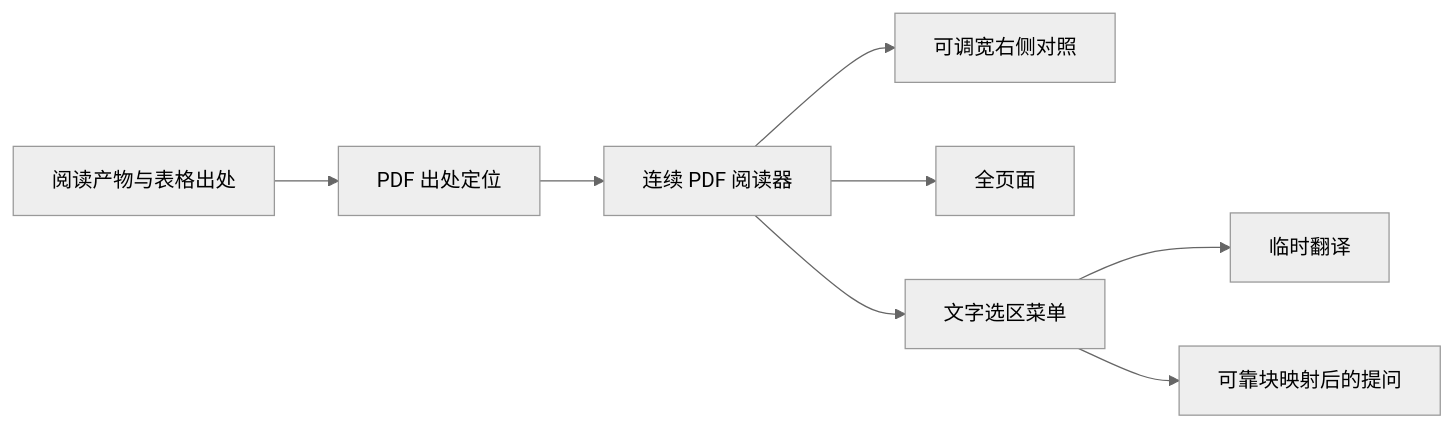
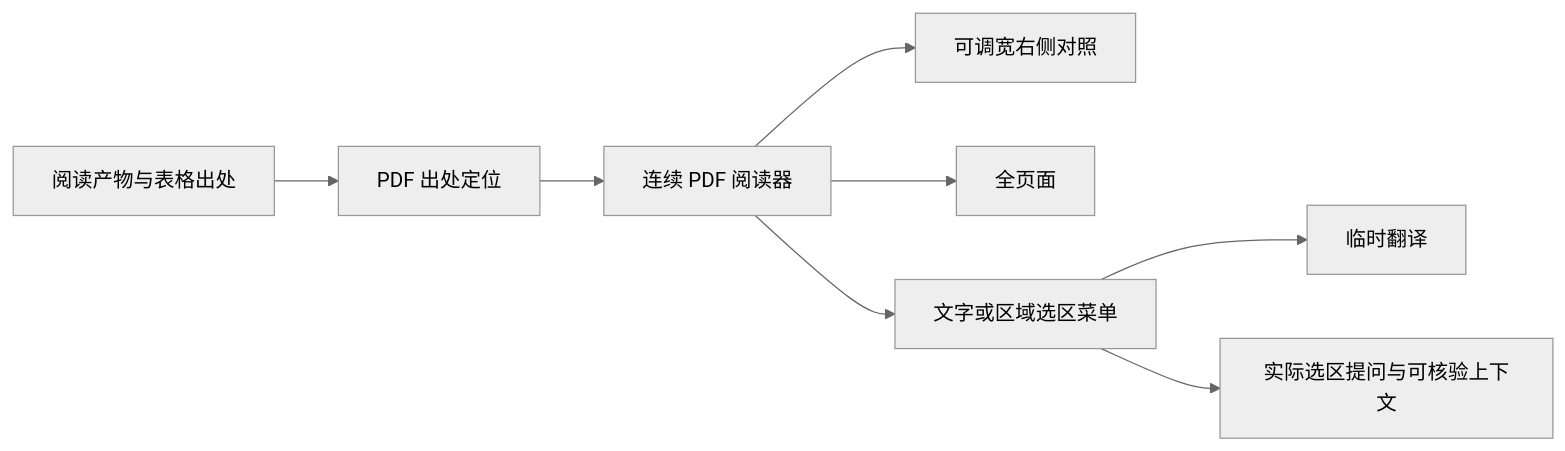
Before and after one commit to attackingjensen/paper-30min: the first of 3 diagrams in docs/plans/2026-09-29-2254-feat-pdf-evidence-reading-plan.md, drawn with Mermaid (neutral theme). The commit also changed other lines of this file and 28 other files, not shown here.

````diff
--- a/docs/plans/2026-09-29-2254-feat-pdf-evidence-reading-plan.md
+++ b/docs/plans/2026-09-29-2254-feat-pdf-evidence-reading-plan.md
@@ -75,10 +75,10 @@
 ```mermaid
 flowchart LR
     O[阅读产物与表格出处] --> L[PDF 出处定位]
     L --> P[连续 PDF 阅读器]
     P --> S[可调宽右侧对照]
     P --> F[全页面]
-    P --> M[文字选区菜单]
+    P --> M[文字或区域选区菜单]
     M --> T[临时翻译]
-    M --> Q[可靠块映射后的提问]
+    M --> Q[实际选区提问与可核验上下文]
 ```
````
